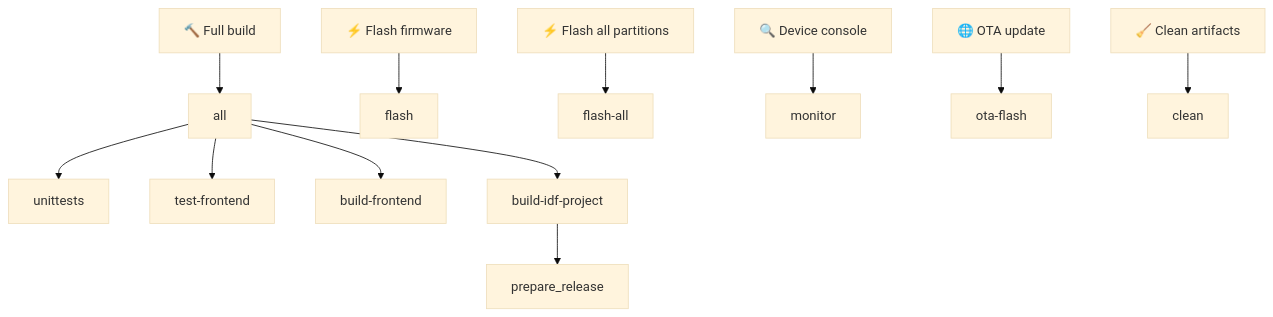
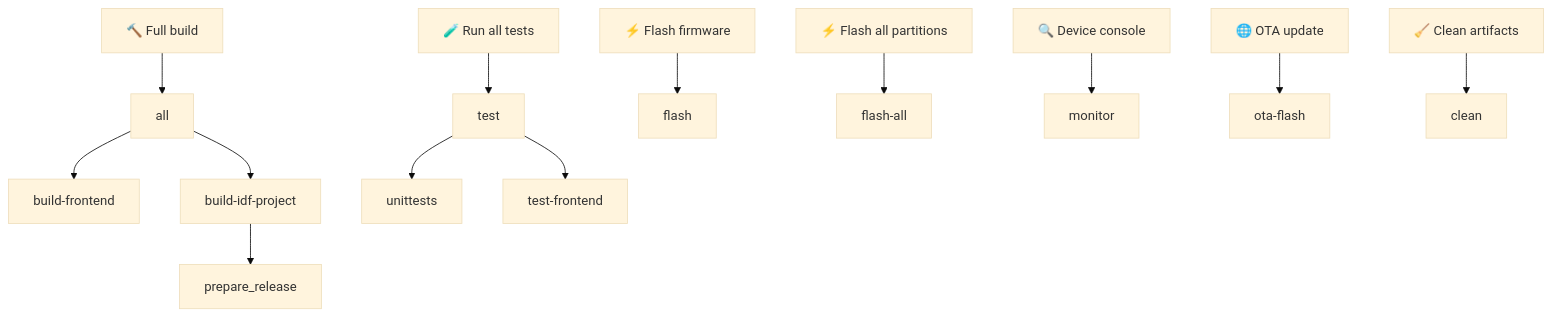
Before and after one commit to wirenboard/wb-mge: the first of 2 diagrams in README.md, drawn with Mermaid (base theme). The commit also changed other lines of this file and 3 other files, not shown here.

````diff
--- a/README.md
+++ b/README.md
@@ -101,15 +101,16 @@
 ```mermaid
 graph TD
     B["🔨 Full build"] --> all
+    T["🧪 Run all tests"] --> test
     F["⚡ Flash firmware"] --> flash
     FA["⚡ Flash all partitions"] --> flash-all
     M["🔍 Device console"] --> monitor
     O["🌐 OTA update"] --> ota-flash
     C["🧹 Clean artifacts"] --> clean
 
-    all --> unittests
-    all --> test-frontend
     all --> build-frontend
     all --> build-idf-project
     build-idf-project --> prepare_release
+    test --> unittests
+    test --> test-frontend
 ```
````
